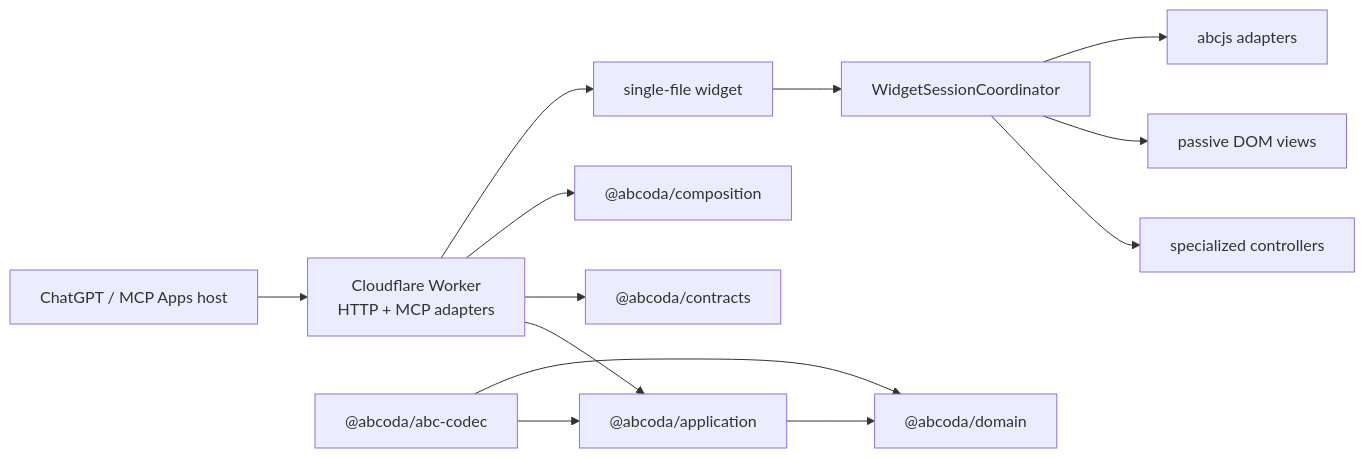
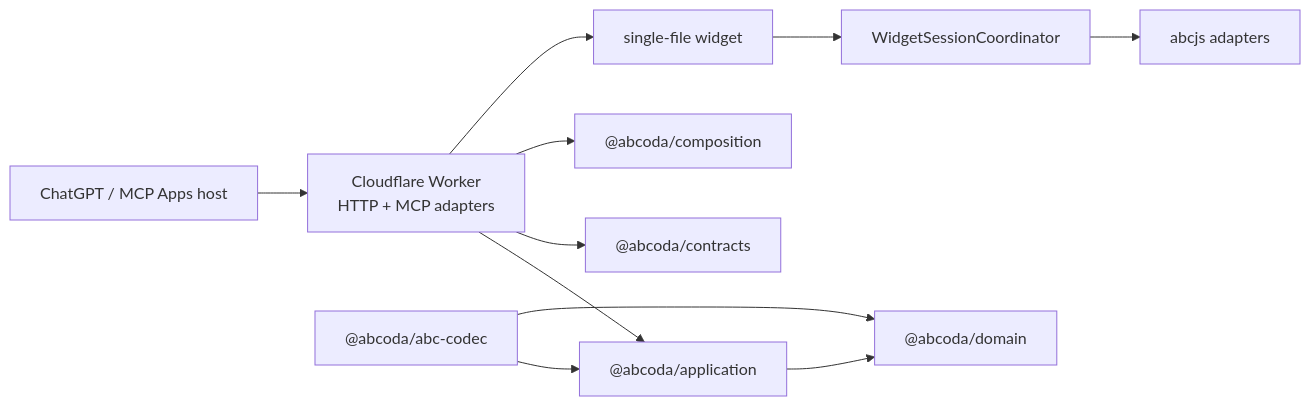
One commit to R3Neer/abcoda changed the diagram in README.md. Above: the diagram before and after it, drawn with Mermaid. The commit also changed other lines of this file and 49 other files, not shown here.

````diff
--- a/README.md
+++ b/README.md
@@ -30,16 +26,13 @@
 ```mermaid
 flowchart LR
     Host["ChatGPT / MCP Apps host"] --> Worker["Cloudflare Worker\nHTTP + MCP adapters"]
     Worker --> App["@abcoda/application"]
     Worker --> Contracts["@abcoda/contracts"]
     Worker --> Composition["@abcoda/composition"]
     App --> Domain["@abcoda/domain"]
     Codec["@abcoda/abc-codec"] --> App
     Codec --> Domain
-
     Worker --> Widget["single-file widget"]
     Widget --> Session["WidgetSessionCoordinator"]
-    Session --> Controllers["specialized controllers"]
-    Session --> DOM["passive DOM views"]
     Session --> ABCJS["abcjs adapters"]
 ```
````
